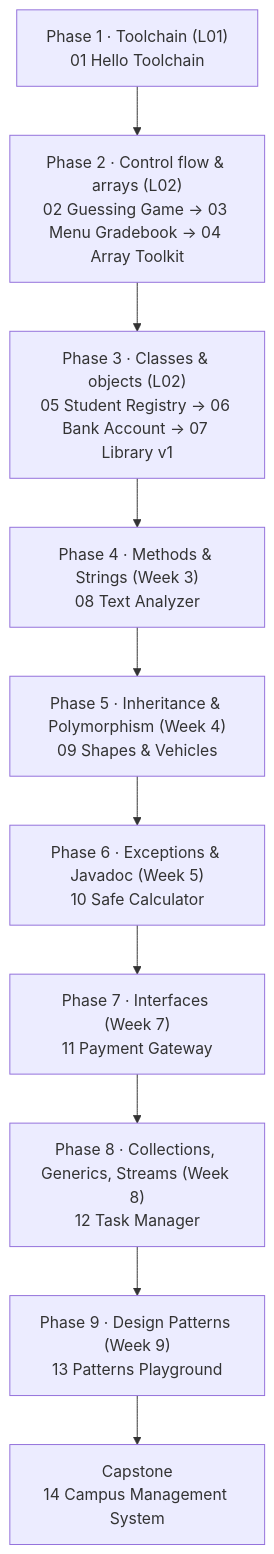
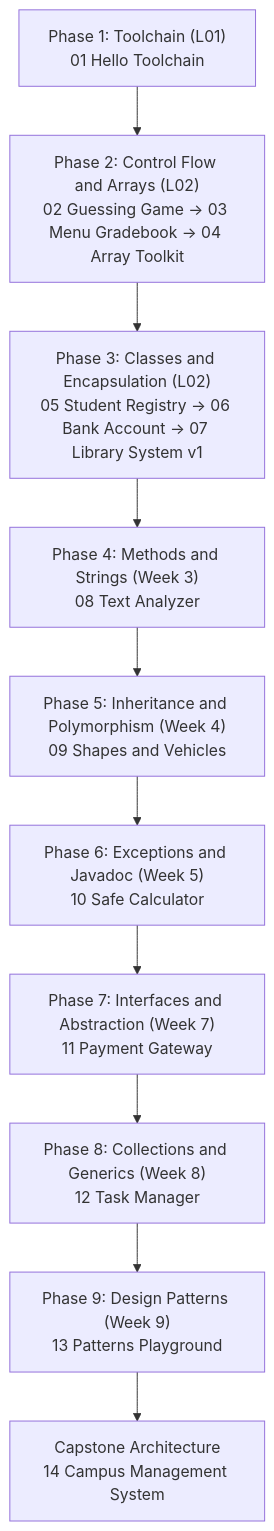
The diagram in README.md (Omar-Ayman-Ali/java-project-roadmap), drawn with Mermaid before and after one commit. The commit also changed other lines of this file and 30 other files, not shown here.

````diff
--- a/README.md
+++ b/README.md
@@ -11,13 +26,13 @@
 ```mermaid
 flowchart TD
-    P1["Phase 1 · Toolchain (L01)<br/>01 Hello Toolchain"] --> P2
-    P2["Phase 2 · Control flow & arrays (L02)<br/>02 Guessing Game → 03 Menu Gradebook → 04 Array Toolkit"] --> P3
-    P3["Phase 3 · Classes & objects (L02)<br/>05 Student Registry → 06 Bank Account → 07 Library v1"] --> P4
-    P4["Phase 4 · Methods & Strings (Week 3)<br/>08 Text Analyzer"] --> P5
-    P5["Phase 5 · Inheritance & Polymorphism (Week 4)<br/>09 Shapes & Vehicles"] --> P6
-    P6["Phase 6 · Exceptions & Javadoc (Week 5)<br/>10 Safe Calculator"] --> P7
-    P7["Phase 7 · Interfaces (Week 7)<br/>11 Payment Gateway"] --> P8
-    P8["Phase 8 · Collections, Generics, Streams (Week 8)<br/>12 Task Manager"] --> P9
-    P9["Phase 9 · Design Patterns (Week 9)<br/>13 Patterns Playground"] --> P10
-    P10["Capstone<br/>14 Campus Management System"]
+    P1["Phase 1: Toolchain (L01)<br/>01 Hello Toolchain"] --> P2
+    P2["Phase 2: Control Flow and Arrays (L02)<br/>02 Guessing Game -> 03 Menu Gradebook -> 04 Array Toolkit"] --> P3
+    P3["Phase 3: Classes and Encapsulation (L02)<br/>05 Student Registry -> 06 Bank Account -> 07 Library System v1"] --> P4
+    P4["Phase 4: Methods and Strings (Week 3)<br/>08 Text Analyzer"] --> P5
+    P5["Phase 5: Inheritance and Polymorphism (Week 4)<br/>09 Shapes and Vehicles"] --> P6
+    P6["Phase 6: Exceptions and Javadoc (Week 5)<br/>10 Safe Calculator"] --> P7
+    P7["Phase 7: Interfaces and Abstraction (Week 7)<br/>11 Payment Gateway"] --> P8
+    P8["Phase 8: Collections and Generics (Week 8)<br/>12 Task Manager"] --> P9
+    P9["Phase 9: Design Patterns (Week 9)<br/>13 Patterns Playground"] --> P10
+    P10["Capstone Architecture<br/>14 Campus Management System"]
 ```
````
